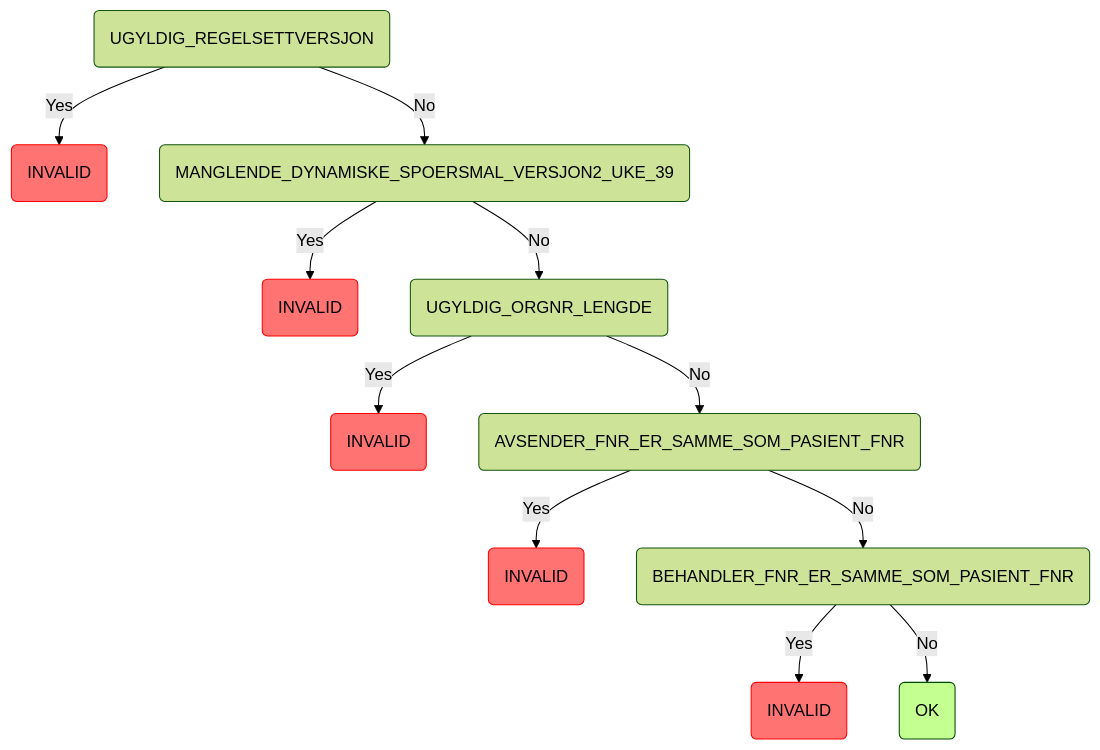
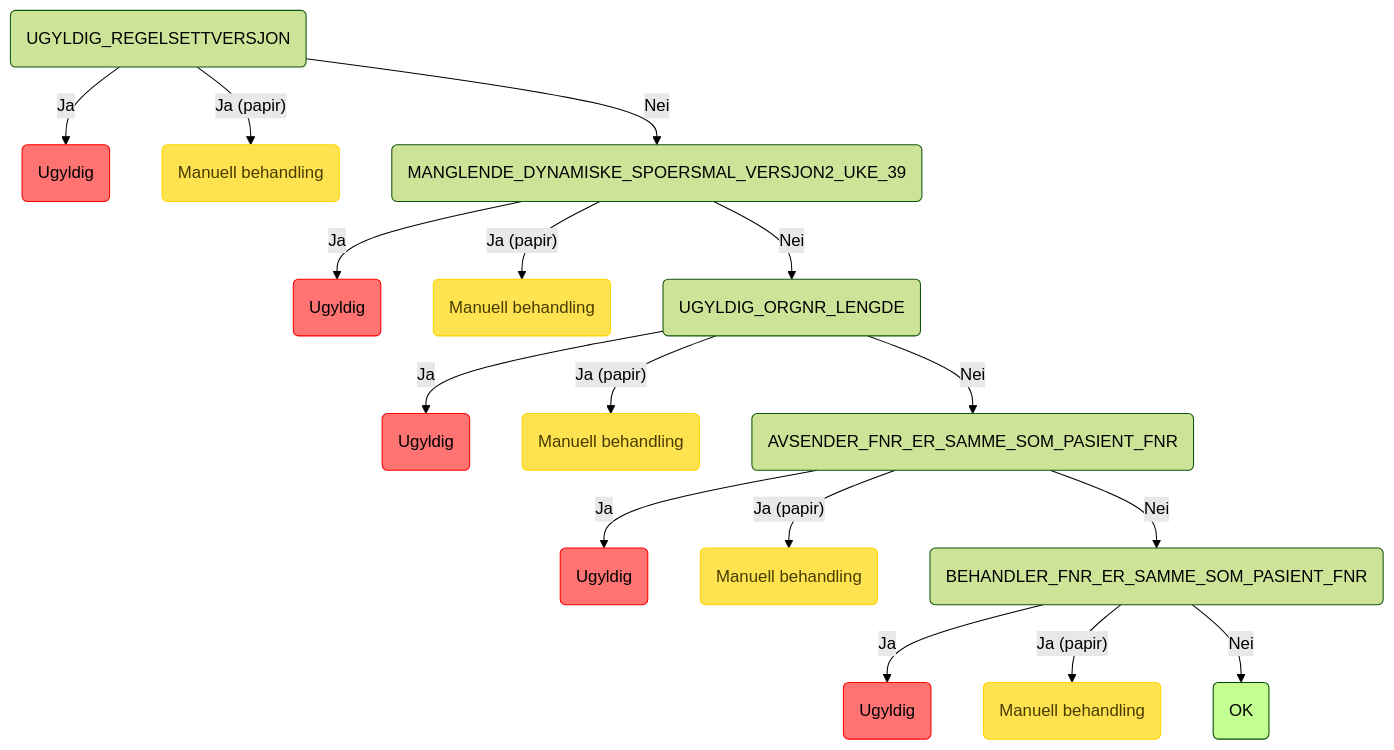
Before and after one commit to navikt/regulus-regula: the second of 8 diagrams in README.md, drawn with Mermaid (forest theme). The commit also changed other lines of this file and 21 other files, not shown here.

Commit message:
chore: show ExecutionMode.PAPIR in mermaid docs, also make mermaid graphs norskwegian

````diff
--- a/README.md
+++ b/README.md
@@ -31,16 +32,21 @@
 ```mermaid
 graph TD
-    root(UGYLDIG_REGELSETTVERSJON) -->|Yes| root_UGYLDIG_REGELSETTVERSJON_INVALID(INVALID):::invalid
-    root(UGYLDIG_REGELSETTVERSJON) -->|No| root_UGYLDIG_REGELSETTVERSJON_MANGLENDE_DYNAMISKE_SPOERSMAL_VERSJON2_UKE_39(MANGLENDE_DYNAMISKE_SPOERSMAL_VERSJON2_UKE_39)
-    root_UGYLDIG_REGELSETTVERSJON_MANGLENDE_DYNAMISKE_SPOERSMAL_VERSJON2_UKE_39(MANGLENDE_DYNAMISKE_SPOERSMAL_VERSJON2_UKE_39) -->|Yes| root_UGYLDIG_REGELSETTVERSJON_MANGLENDE_DYNAMISKE_SPOERSMAL_VERSJON2_UKE_39_INVALID(INVALID):::invalid
-    root_UGYLDIG_REGELSETTVERSJON_MANGLENDE_DYNAMISKE_SPOERSMAL_VERSJON2_UKE_39(MANGLENDE_DYNAMISKE_SPOERSMAL_VERSJON2_UKE_39) -->|No| root_UGYLDIG_REGELSETTVERSJON_MANGLENDE_DYNAMISKE_SPOERSMAL_VERSJON2_UKE_39_UGYLDIG_ORGNR_LENGDE(UGYLDIG_ORGNR_LENGDE)
-    root_UGYLDIG_REGELSETTVERSJON_MANGLENDE_DYNAMISKE_SPOERSMAL_VERSJON2_UKE_39_UGYLDIG_ORGNR_LENGDE(UGYLDIG_ORGNR_LENGDE) -->|Yes| root_UGYLDIG_REGELSETTVERSJON_MANGLENDE_DYNAMISKE_SPOERSMAL_VERSJON2_UKE_39_UGYLDIG_ORGNR_LENGDE_INVALID(INVALID):::invalid
-    root_UGYLDIG_REGELSETTVERSJON_MANGLENDE_DYNAMISKE_SPOERSMAL_VERSJON2_UKE_39_UGYLDIG_ORGNR_LENGDE(UGYLDIG_ORGNR_LENGDE) -->|No| root_UGYLDIG_REGELSETTVERSJON_MANGLENDE_DYNAMISKE_SPOERSMAL_VERSJON2_UKE_39_UGYLDIG_ORGNR_LENGDE_AVSENDER_FNR_ER_SAMME_SOM_PASIENT_FNR(AVSENDER_FNR_ER_SAMME_SOM_PASIENT_FNR)
-    root_UGYLDIG_REGELSETTVERSJON_MANGLENDE_DYNAMISKE_SPOERSMAL_VERSJON2_UKE_39_UGYLDIG_ORGNR_LENGDE_AVSENDER_FNR_ER_SAMME_SOM_PASIENT_FNR(AVSENDER_FNR_ER_SAMME_SOM_PASIENT_FNR) -->|Yes| root_UGYLDIG_REGELSETTVERSJON_MANGLENDE_DYNAMISKE_SPOERSMAL_VERSJON2_UKE_39_UGYLDIG_ORGNR_LENGDE_AVSENDER_FNR_ER_SAMME_SOM_PASIENT_FNR_INVALID(INVALID):::invalid
-    root_UGYLDIG_REGELSETTVERSJON_MANGLENDE_DYNAMISKE_SPOERSMAL_VERSJON2_UKE_39_UGYLDIG_ORGNR_LENGDE_AVSENDER_FNR_ER_SAMME_SOM_PASIENT_FNR(AVSENDER_FNR_ER_SAMME_SOM_PASIENT_FNR) -->|No| root_UGYLDIG_REGELSETTVERSJON_MANGLENDE_DYNAMISKE_SPOERSMAL_VERSJON2_UKE_39_UGYLDIG_ORGNR_LENGDE_AVSENDER_FNR_ER_SAMME_SOM_PASIENT_FNR_BEHANDLER_FNR_ER_SAMME_SOM_PASIENT_FNR(BEHANDLER_FNR_ER_SAMME_SOM_PASIENT_FNR)
-    root_UGYLDIG_REGELSETTVERSJON_MANGLENDE_DYNAMISKE_SPOERSMAL_VERSJON2_UKE_39_UGYLDIG_ORGNR_LENGDE_AVSENDER_FNR_ER_SAMME_SOM_PASIENT_FNR_BEHANDLER_FNR_ER_SAMME_SOM_PASIENT_FNR(BEHANDLER_FNR_ER_SAMME_SOM_PASIENT_FNR) -->|Yes| root_UGYLDIG_REGELSETTVERSJON_MANGLENDE_DYNAMISKE_SPOERSMAL_VERSJON2_UKE_39_UGYLDIG_ORGNR_LENGDE_AVSENDER_FNR_ER_SAMME_SOM_PASIENT_FNR_BEHANDLER_FNR_ER_SAMME_SOM_PASIENT_FNR_INVALID(INVALID):::invalid
-    root_UGYLDIG_REGELSETTVERSJON_MANGLENDE_DYNAMISKE_SPOERSMAL_VERSJON2_UKE_39_UGYLDIG_ORGNR_LENGDE_AVSENDER_FNR_ER_SAMME_SOM_PASIENT_FNR_BEHANDLER_FNR_ER_SAMME_SOM_PASIENT_FNR(BEHANDLER_FNR_ER_SAMME_SOM_PASIENT_FNR) -->|No| root_UGYLDIG_REGELSETTVERSJON_MANGLENDE_DYNAMISKE_SPOERSMAL_VERSJON2_UKE_39_UGYLDIG_ORGNR_LENGDE_AVSENDER_FNR_ER_SAMME_SOM_PASIENT_FNR_BEHANDLER_FNR_ER_SAMME_SOM_PASIENT_FNR_OK(OK):::ok
+    root(UGYLDIG_REGELSETTVERSJON) -->|Ja| root_UGYLDIG_REGELSETTVERSJON_INVALID(Ugyldig):::invalid
+    root(UGYLDIG_REGELSETTVERSJON) -->|"Ja (papir)"| root_UGYLDIG_REGELSETTVERSJON_INVALID_papir(Manuell behandling):::manuell
+    root(UGYLDIG_REGELSETTVERSJON) -->|Nei| root_UGYLDIG_REGELSETTVERSJON_MANGLENDE_DYNAMISKE_SPOERSMAL_VERSJON2_UKE_39(MANGLENDE_DYNAMISKE_SPOERSMAL_VERSJON2_UKE_39)
+    root_UGYLDIG_REGELSETTVERSJON_MANGLENDE_DYNAMISKE_SPOERSMAL_VERSJON2_UKE_39(MANGLENDE_DYNAMISKE_SPOERSMAL_VERSJON2_UKE_39) -->|Ja| root_UGYLDIG_REGELSETTVERSJON_MANGLENDE_DYNAMISKE_SPOERSMAL_VERSJON2_UKE_39_INVALID(Ugyldig):::invalid
+    root_UGYLDIG_REGELSETTVERSJON_MANGLENDE_DYNAMISKE_SPOERSMAL_VERSJON2_UKE_39(MANGLENDE_DYNAMISKE_SPOERSMAL_VERSJON2_UKE_39) -->|"Ja (papir)"| root_UGYLDIG_REGELSETTVERSJON_MANGLENDE_DYNAMISKE_SPOERSMAL_VERSJON2_UKE_39_INVALID_papir(Manuell behandling):::manuell
+    root_UGYLDIG_REGELSETTVERSJON_MANGLENDE_DYNAMISKE_SPOERSMAL_VERSJON2_UKE_39(MANGLENDE_DYNAMISKE_SPOERSMAL_VERSJON2_UKE_39) -->|Nei| root_UGYLDIG_REGELSETTVERSJON_MANGLENDE_DYNAMISKE_SPOERSMAL_VERSJON2_UKE_39_UGYLDIG_ORGNR_LENGDE(UGYLDIG_ORGNR_LENGDE)
+    root_UGYLDIG_REGELSETTVERSJON_MANGLENDE_DYNAMISKE_SPOERSMAL_VERSJON2_UKE_39_UGYLDIG_ORGNR_LENGDE(UGYLDIG_ORGNR_LENGDE) -->|Ja| root_UGYLDIG_REGELSETTVERSJON_MANGLENDE_DYNAMISKE_SPOERSMAL_VERSJON2_UKE_39_UGYLDIG_ORGNR_LENGDE_INVALID(Ugyldig):::invalid
+    root_UGYLDIG_REGELSETTVERSJON_MANGLENDE_DYNAMISKE_SPOERSMAL_VERSJON2_UKE_39_UGYLDIG_ORGNR_LENGDE(UGYLDIG_ORGNR_LENGDE) -->|"Ja (papir)"| root_UGYLDIG_REGELSETTVERSJON_MANGLENDE_DYNAMISKE_SPOERSMAL_VERSJON2_UKE_39_UGYLDIG_ORGNR_LENGDE_INVALID_papir(Manuell behandling):::manuell
+    root_UGYLDIG_REGELSETTVERSJON_MANGLENDE_DYNAMISKE_SPOERSMAL_VERSJON2_UKE_39_UGYLDIG_ORGNR_LENGDE(UGYLDIG_ORGNR_LENGDE) -->|Nei| root_UGYLDIG_REGELSETTVERSJON_MANGLENDE_DYNAMISKE_SPOERSMAL_VERSJON2_UKE_39_UGYLDIG_ORGNR_LENGDE_AVSENDER_FNR_ER_SAMME_SOM_PASIENT_FNR(AVSENDER_FNR_ER_SAMME_SOM_PASIENT_FNR)
+    root_UGYLDIG_REGELSETTVERSJON_MANGLENDE_DYNAMISKE_SPOERSMAL_VERSJON2_UKE_39_UGYLDIG_ORGNR_LENGDE_AVSENDER_FNR_ER_SAMME_SOM_PASIENT_FNR(AVSENDER_FNR_ER_SAMME_SOM_PASIENT_FNR) -->|Ja| root_UGYLDIG_REGELSETTVERSJON_MANGLENDE_DYNAMISKE_SPOERSMAL_VERSJON2_UKE_39_UGYLDIG_ORGNR_LENGDE_AVSENDER_FNR_ER_SAMME_SOM_PASIENT_FNR_INVALID(Ugyldig):::invalid
+    root_UGYLDIG_REGELSETTVERSJON_MANGLENDE_DYNAMISKE_SPOERSMAL_VERSJON2_UKE_39_UGYLDIG_ORGNR_LENGDE_AVSENDER_FNR_ER_SAMME_SOM_PASIENT_FNR(AVSENDER_FNR_ER_SAMME_SOM_PASIENT_FNR) -->|"Ja (papir)"| root_UGYLDIG_REGELSETTVERSJON_MANGLENDE_DYNAMISKE_SPOERSMAL_VERSJON2_UKE_39_UGYLDIG_ORGNR_LENGDE_AVSENDER_FNR_ER_SAMME_SOM_PASIENT_FNR_INVALID_papir(Manuell behandling):::manuell
+    root_UGYLDIG_REGELSETTVERSJON_MANGLENDE_DYNAMISKE_SPOERSMAL_VERSJON2_UKE_39_UGYLDIG_ORGNR_LENGDE_AVSENDER_FNR_ER_SAMME_SOM_PASIENT_FNR(AVSENDER_FNR_ER_SAMME_SOM_PASIENT_FNR) -->|Nei| root_UGYLDIG_REGELSETTVERSJON_MANGLENDE_DYNAMISKE_SPOERSMAL_VERSJON2_UKE_39_UGYLDIG_ORGNR_LENGDE_AVSENDER_FNR_ER_SAMME_SOM_PASIENT_FNR_BEHANDLER_FNR_ER_SAMME_SOM_PASIENT_FNR(BEHANDLER_FNR_ER_SAMME_SOM_PASIENT_FNR)
+    root_UGYLDIG_REGELSETTVERSJON_MANGLENDE_DYNAMISKE_SPOERSMAL_VERSJON2_UKE_39_UGYLDIG_ORGNR_LENGDE_AVSENDER_FNR_ER_SAMME_SOM_PASIENT_FNR_BEHANDLER_FNR_ER_SAMME_SOM_PASIENT_FNR(BEHANDLER_FNR_ER_SAMME_SOM_PASIENT_FNR) -->|Ja| root_UGYLDIG_REGELSETTVERSJON_MANGLENDE_DYNAMISKE_SPOERSMAL_VERSJON2_UKE_39_UGYLDIG_ORGNR_LENGDE_AVSENDER_FNR_ER_SAMME_SOM_PASIENT_FNR_BEHANDLER_FNR_ER_SAMME_SOM_PASIENT_FNR_INVALID(Ugyldig):::invalid
+    root_UGYLDIG_REGELSETTVERSJON_MANGLENDE_DYNAMISKE_SPOERSMAL_VERSJON2_UKE_39_UGYLDIG_ORGNR_LENGDE_AVSENDER_FNR_ER_SAMME_SOM_PASIENT_FNR_BEHANDLER_FNR_ER_SAMME_SOM_PASIENT_FNR(BEHANDLER_FNR_ER_SAMME_SOM_PASIENT_FNR) -->|"Ja (papir)"| root_UGYLDIG_REGELSETTVERSJON_MANGLENDE_DYNAMISKE_SPOERSMAL_VERSJON2_UKE_39_UGYLDIG_ORGNR_LENGDE_AVSENDER_FNR_ER_SAMME_SOM_PASIENT_FNR_BEHANDLER_FNR_ER_SAMME_SOM_PASIENT_FNR_INVALID_papir(Manuell behandling):::manuell
+    root_UGYLDIG_REGELSETTVERSJON_MANGLENDE_DYNAMISKE_SPOERSMAL_VERSJON2_UKE_39_UGYLDIG_ORGNR_LENGDE_AVSENDER_FNR_ER_SAMME_SOM_PASIENT_FNR_BEHANDLER_FNR_ER_SAMME_SOM_PASIENT_FNR(BEHANDLER_FNR_ER_SAMME_SOM_PASIENT_FNR) -->|Nei| root_UGYLDIG_REGELSETTVERSJON_MANGLENDE_DYNAMISKE_SPOERSMAL_VERSJON2_UKE_39_UGYLDIG_ORGNR_LENGDE_AVSENDER_FNR_ER_SAMME_SOM_PASIENT_FNR_BEHANDLER_FNR_ER_SAMME_SOM_PASIENT_FNR_OK(OK):::ok
     classDef ok fill:#c3ff91,stroke:#004a00,color: black;
     classDef invalid fill:#ff7373,stroke:#ff0000,color: black;
     classDef manuell fill:#ffe24f,stroke:#ffd500,color: #473c00;
 ```
````
